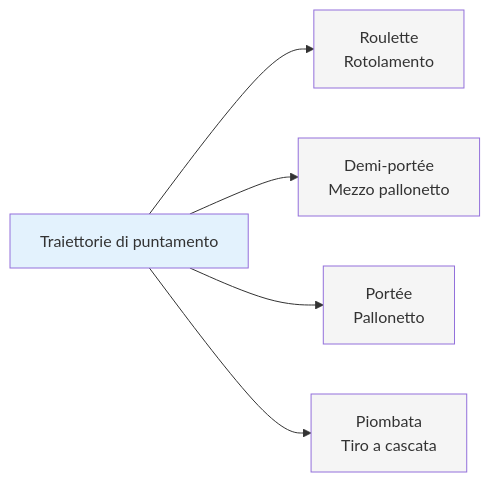
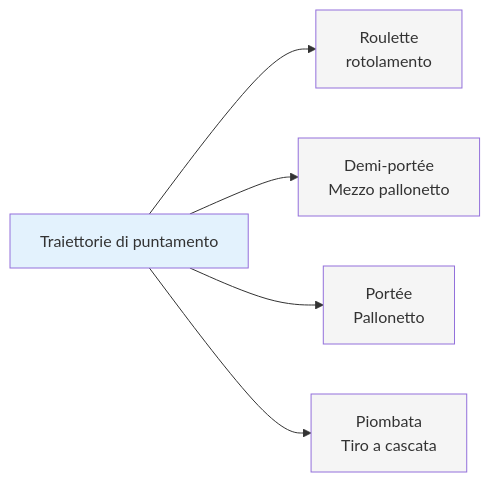
Before and after one commit to patwii/petanque-academy: the second of 6 diagrams in docs/it/technical/throws.md, drawn with Mermaid. The commit also changed other lines of this file and 532 other files, not shown here.

````diff
--- a/docs/it/technical/throws.md
+++ b/docs/it/technical/throws.md
@@ -33,13 +33,13 @@
 ```mermaid
 graph LR
-    A[Traiettorie di puntamento] --> B[Roulette <br/> Rotolamento]
+    A[Traiettorie di puntamento] --> B[Roulette <br/> rotolamento]
     A --> C[Demi-portée <br/> Mezzo pallonetto]
     A --> D[Portée <br/> Pallonetto]
     A --> E[Piombata <br/> Tiro a cascata]
 
     style A fill:#e3f2fd
     style B fill:#f5f5f5
     style C fill:#f5f5f5
     style D fill:#f5f5f5
     style E fill:#f5f5f5
 ```
````
